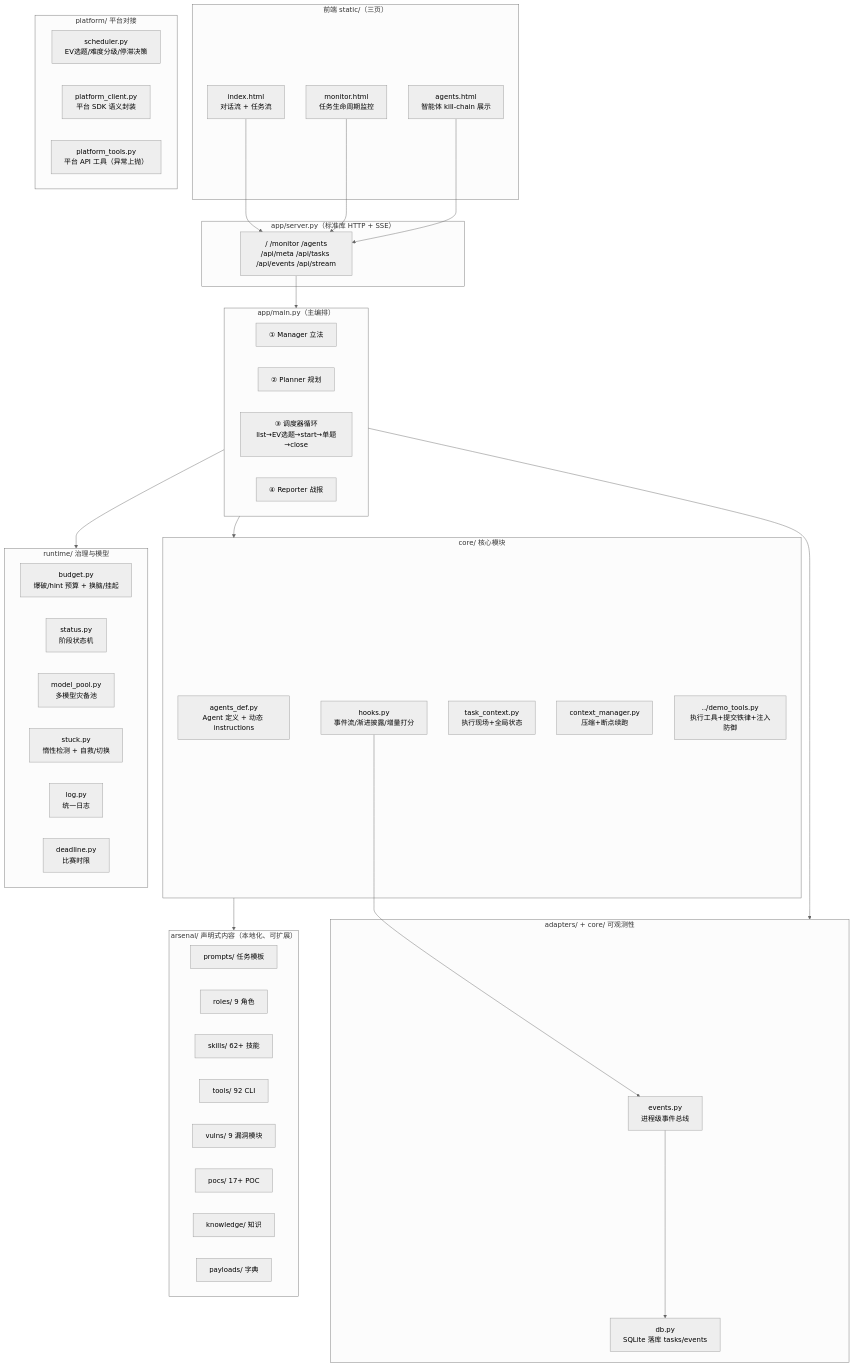
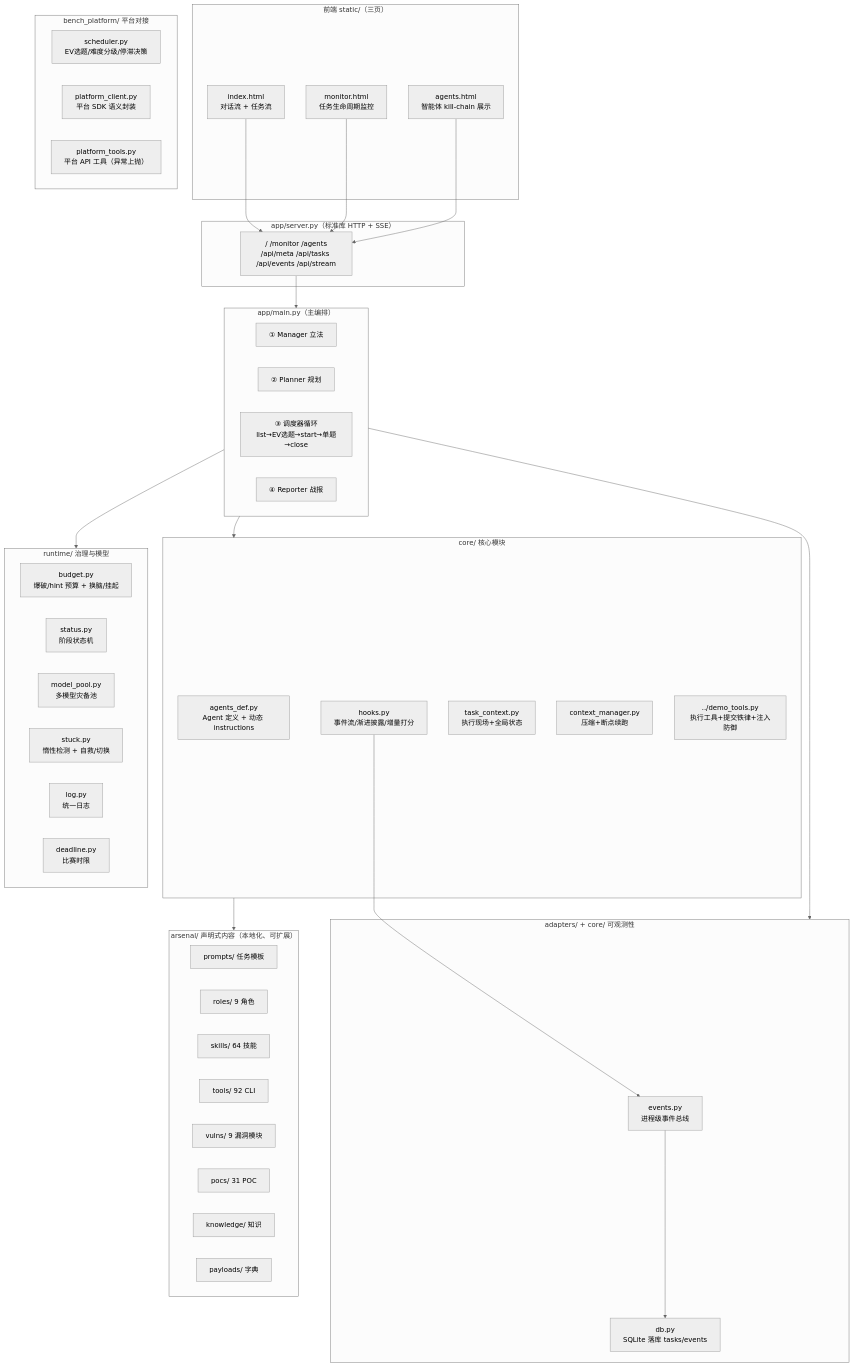
The first of 4 diagrams in README.md (honysyang/secai), drawn with Mermaid (neutral theme) before and after one commit. The commit also changed other lines of this file and 287 other files, not shown here.

First line of the commit message:
fix: 重命名 platform 包为 bench_platform，修复标准库命名冲突

````diff
--- a/README.md
+++ b/README.md
@@ -50,66 +102,66 @@
 ```mermaid
 flowchart TB
     subgraph Frontend["前端 static/（三页）"]
         FE1["index.html<br/>对话流 + 任务流"]
         FE2["monitor.html<br/>任务生命周期监控"]
         FE3["agents.html<br/>智能体 kill-chain 展示"]
     end
 
     subgraph Server["app/server.py（标准库 HTTP + SSE）"]
         SRV["/ /monitor /agents<br/>/api/meta /api/tasks /api/events /api/stream"]
     end
 
     subgraph Orchestrator["app/main.py（主编排）"]
         MGR["① Manager 立法"]
         PLN["② Planner 规划"]
         SCH["③ 调度器循环<br/>list→EV选题→start→单题→close"]
         RPT["④ Reporter 战报"]
     end
 
     subgraph Core["core/ 核心模块"]
         AGENT["agents_def.py<br/>Agent 定义 + 动态 instructions"]
         HOOKS["hooks.py<br/>事件流/渐进披露/增量打分"]
         CTX["task_context.py<br/>执行现场+全局状态"]
         CTXM["context_manager.py<br/>压缩+断点续跑"]
         TOOLS["../demo_tools.py<br/>执行工具+提交铁律+注入防御"]
     end
 
-    subgraph Platform["platform/ 平台对接"]
+    subgraph Platform["bench_platform/ 平台对接"]
         SCHED["scheduler.py<br/>EV选题/难度分级/停滞决策"]
         PCLI["platform_client.py<br/>平台 SDK 语义封装"]
         PTOOLS["platform_tools.py<br/>平台 API 工具（异常上抛）"]
     end
 
     subgraph Observability["adapters/ + core/ 可观测性"]
         BUS["events.py<br/>进程级事件总线"]
         DB["db.py<br/>SQLite 落库 tasks/events"]
     end
 
     subgraph Runtime["runtime/ 治理与模型"]
         BGT["budget.py<br/>爆破/hint 预算 + 换脑/挂起"]
         STA["status.py<br/>阶段状态机"]
         MPL["model_pool.py<br/>多模型灾备池"]
         STK["stuck.py<br/>惰性检测 + 自救/切换"]
         LOG["log.py<br/>统一日志"]
         DDL["deadline.py<br/>比赛时限"]
     end
 
     subgraph Declarative["arsenal/ 声明式内容（本地化、可扩展）"]
         PROMPTS["prompts/ 任务模板"]
         ROLES["roles/ 9 角色"]
-        SKILLS["skills/ 62+ 技能"]
+        SKILLS["skills/ 64 技能"]
         CLITOOLS["tools/ 92 CLI"]
         VULNS["vulns/ 9 漏洞模块"]
-        POCS["pocs/ 17+ POC"]
+        POCS["pocs/ 31 POC"]
         KNOW["knowledge/ 知识"]
         PAYL["payloads/ 字典"]
     end
 
     FE1 & FE2 & FE3 --> SRV
     SRV --> Orchestrator
     Orchestrator --> Core
     Orchestrator --> Runtime
     Orchestrator --> Observability
     Core --> Declarative
     HOOKS --> BUS --> DB
 ```
````
